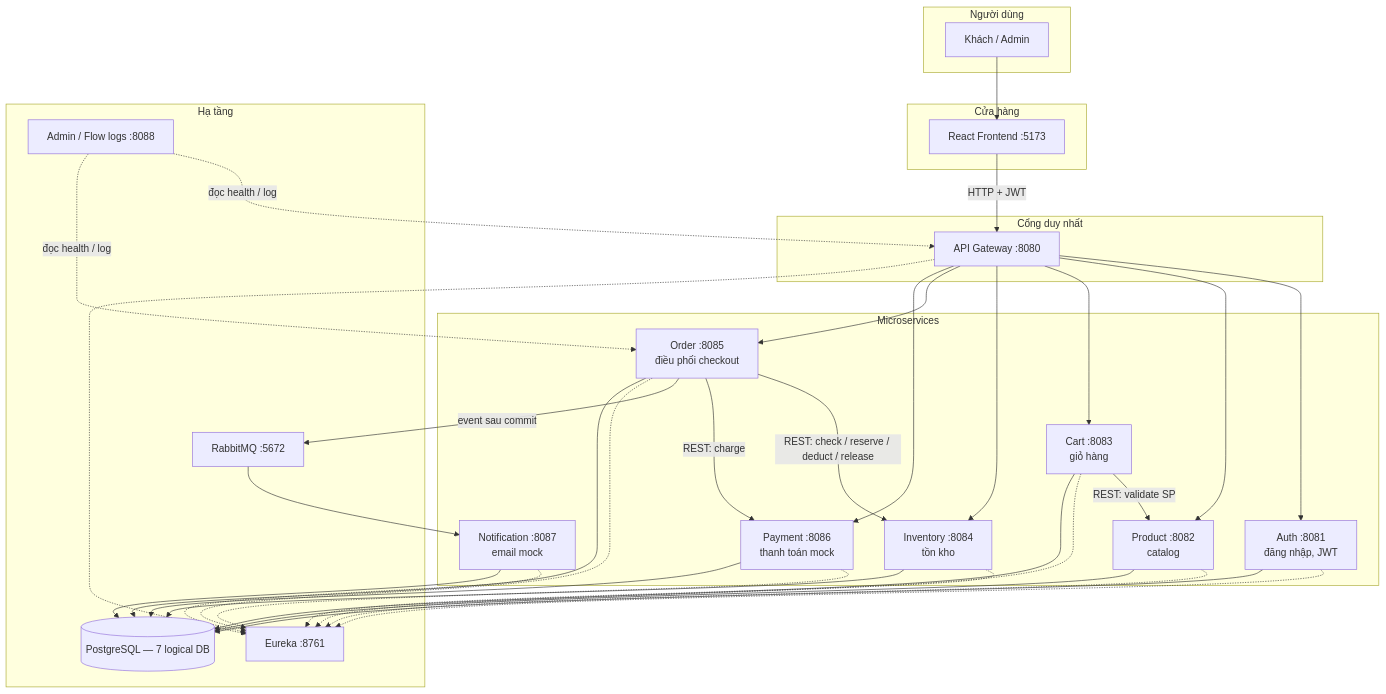
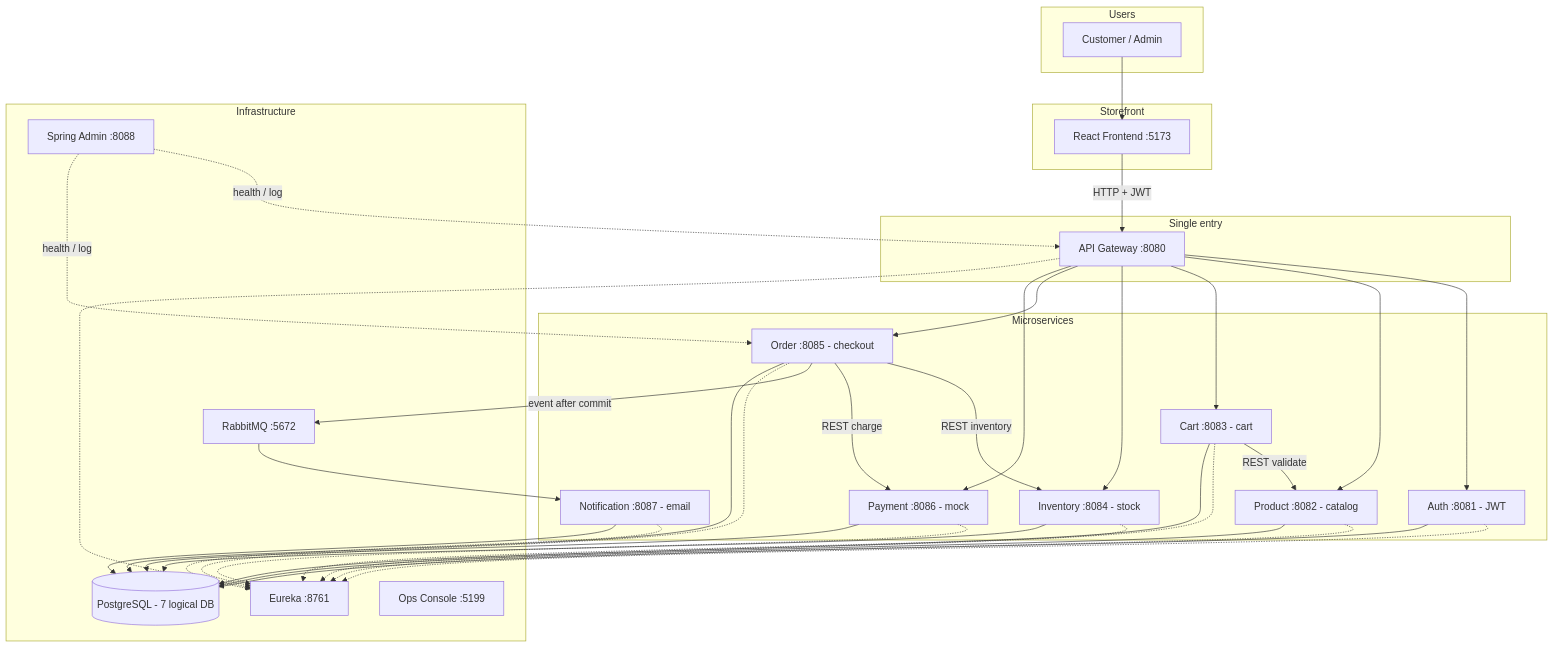
One commit to trinhvanhai1994/GTVT_ecommerce changed the first of 4 diagrams in README.md. Above: the diagram before and after it, drawn with Mermaid. The commit also changed other lines of this file and 197 other files, not shown here.

````diff
--- a/README.md
+++ b/README.md
@@ -19,45 +19,67 @@
 ```mermaid
 flowchart TB
-  subgraph NguoiDung["Người dùng"]
-    KH[Khách / Admin]
+  subgraph Users["Users"]
+    KH["Customer / Admin"]
   end
 
-  subgraph UI["Cửa hàng"]
+  subgraph Storefront["Storefront"]
     FE["React Frontend :5173"]
   end
 
-  subgraph Cong["Cổng duy nhất"]
+  subgraph Entry["Single entry"]
     GW["API Gateway :8080"]
   end
 
-  subgraph NghiepVu["Microservices"]
-    AUTH["Auth :8081<br/>đăng nhập, JWT"]
-    PROD["Product :8082<br/>catalog"]
-    CART["Cart :8083<br/>giỏ hàng"]
-    INV["Inventory :8084<br/>tồn kho"]
-    ORD["Order :8085<br/>điều phối checkout"]
-    PAY["Payment :8086<br/>thanh toán mock"]
-    NOTI["Notification :8087<br/>email mock"]
+  subgraph Services["Microservices"]
+    AUTH["Auth :8081 - JWT"]
+    PROD["Product :8082 - catalog"]
+    CART["Cart :8083 - cart"]
+    INV["Inventory :8084 - stock"]
+    ORD["Order :8085 - checkout"]
+    PAY["Payment :8086 - mock"]
+    NOTI["Notification :8087 - email"]
   end
 
-  subgraph HaTang["Hạ tầng"]
+  subgraph Infra["Infrastructure"]
     EU["Eureka :8761"]
     MQ["RabbitMQ :5672"]
-    PG[("PostgreSQL — 7 logical DB")]
-    ADM["Admin / Flow logs :8088"]
+    PG[("PostgreSQL - 7 logical DB")]
+    ADM["Spring Admin :8088"]
+    OPS["Ops Console :5199"]
   end
 
   KH --> FE
   FE -->|"HTTP + JWT"| GW
-  GW --> AUTH & PROD & CART & INV & ORD & PAY
+  GW --> AUTH
+  GW --> PROD
+  GW --> CART
+  GW --> INV
+  GW --> ORD
+  GW --> PAY
 
-  ORD -->|"REST: check / reserve / deduct / release"| INV
-  ORD -->|"REST: charge"| PAY
-  CART -->|"REST: validate SP"| PROD
-  ORD -->|"event sau commit"| MQ
+  ORD -->|"REST inventory"| INV
+  ORD -->|"REST charge"| PAY
+  CART -->|"REST validate"| PROD
+  ORD -->|"event after commit"| MQ
   MQ --> NOTI
 
-  AUTH & PROD & CART & INV & ORD & PAY & NOTI & GW -.-> EU
-  AUTH & PROD & CART & INV & ORD & PAY & NOTI --> PG
-  ADM -.->|đọc health / log| GW & ORD
+  AUTH -.-> EU
+  PROD -.-> EU
+  CART -.-> EU
+  INV -.-> EU
+  ORD -.-> EU
+  PAY -.-> EU
+  NOTI -.-> EU
+  GW -.-> EU
+
+  AUTH --> PG
+  PROD --> PG
+  CART --> PG
+  INV --> PG
+  ORD --> PG
+  PAY --> PG
+  NOTI --> PG
+
+  ADM -.->|"health / log"| GW
+  ADM -.->|"health / log"| ORD
 ```
````
